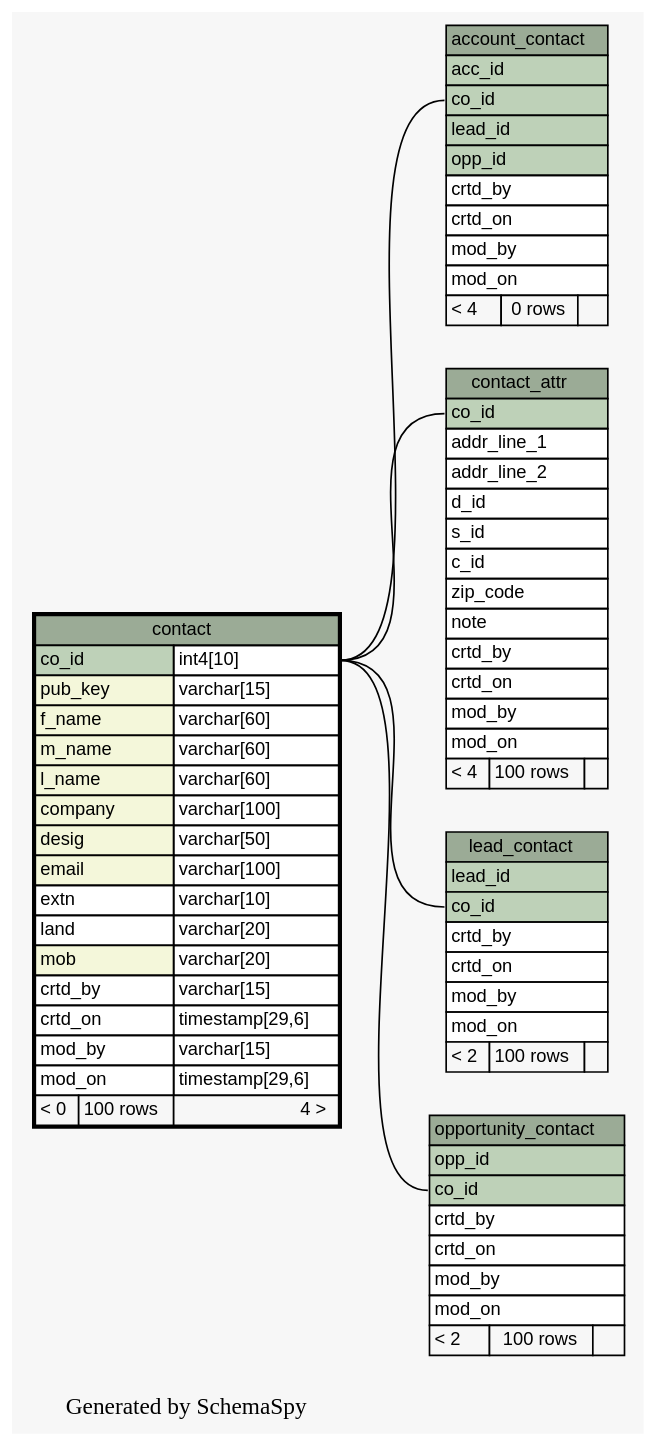
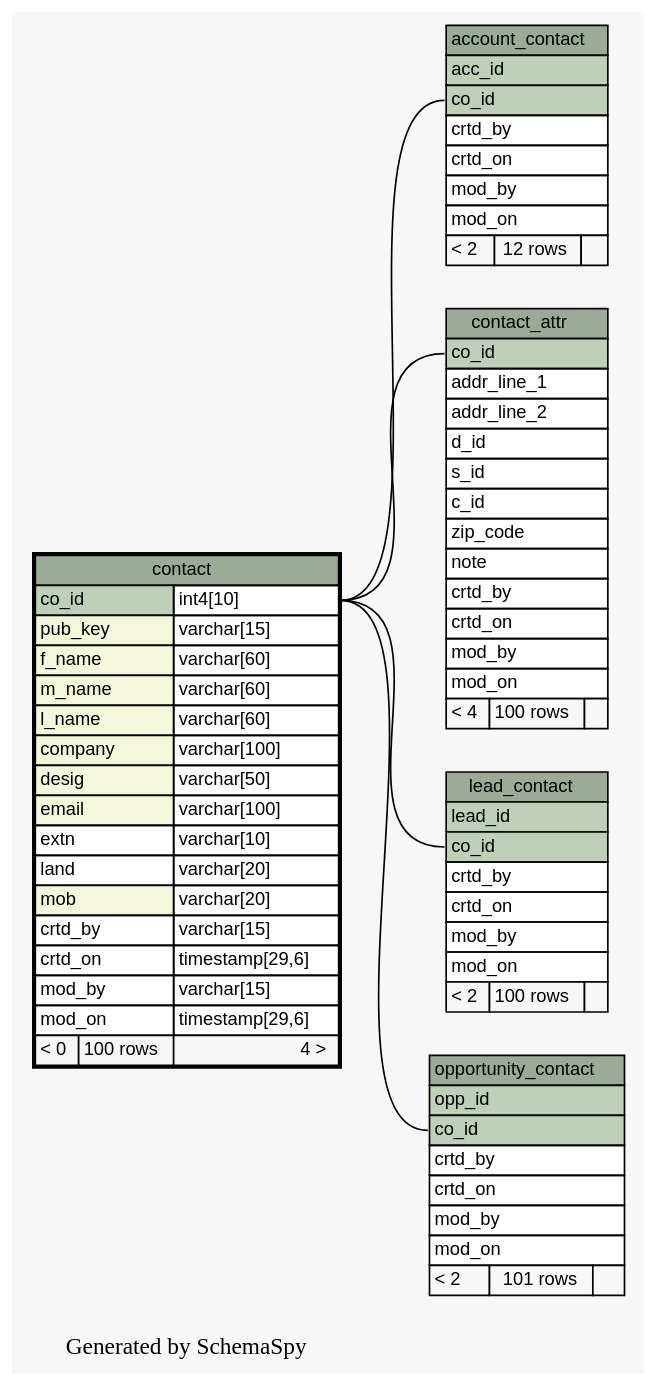
Before and after one commit to engineerscraft/salesforce: the diagram in docs/database/schemaspy/graphs/contact.1degree.dot, drawn with Graphviz. The commit also changed 157 other files, not shown here.

```diff
--- a/docs/database/schemaspy/graphs/contact.1degree.dot
+++ b/docs/database/schemaspy/graphs/contact.1degree.dot
@@ -1,113 +1,111 @@
 // dot 2.38.0 on Windows 7 6.1
 digraph "oneDegreeRelationshipsGraph" {
   graph [
     rankdir="RL"
     bgcolor="#f7f7f7"
     label="\nGenerated by SchemaSpy"
     labeljust="l"
   ];
   node [
     fontname="Helvetica"
     fontsize="11"
     shape="plaintext"
   ];
   edge [
     arrowsize="0.8"
   ];
   "account_contact":"co_id":w -> "contact":"co_id.type":e [arrowtail=crowtee arrowhead=none];
   "contact_attr":"co_id":w -> "contact":"co_id.type":e [arrowtail=tee arrowhead=none];
   "lead_contact":"co_id":w -> "contact":"co_id.type":e [arrowtail=crowtee arrowhead=none];
   "opportunity_contact":"co_id":w -> "contact":"co_id.type":e [arrowtail=crowtee arrowhead=none];
   "account_contact" [
     label=<
     <TABLE BORDER="0" CELLBORDER="1" CELLSPACING="0" BGCOLOR="#ffffff">
       <TR><TD PORT="account_contact.heading" COLSPAN="3" BGCOLOR="#9bab96" ALIGN="CENTER">account_contact</TD></TR>
       <TR><TD PORT="acc_id" COLSPAN="3" BGCOLOR="#bed1b8" ALIGN="LEFT">acc_id</TD></TR>
       <TR><TD PORT="co_id" COLSPAN="3" BGCOLOR="#bed1b8" ALIGN="LEFT">co_id</TD></TR>
-      <TR><TD PORT="lead_id" COLSPAN="3" BGCOLOR="#bed1b8" ALIGN="LEFT">lead_id</TD></TR>
-      <TR><TD PORT="opp_id" COLSPAN="3" BGCOLOR="#bed1b8" ALIGN="LEFT">opp_id</TD></TR>
       <TR><TD PORT="crtd_by" COLSPAN="3" ALIGN="LEFT">crtd_by</TD></TR>
       <TR><TD PORT="crtd_on" COLSPAN="3" ALIGN="LEFT">crtd_on</TD></TR>
       <TR><TD PORT="mod_by" COLSPAN="3" ALIGN="LEFT">mod_by</TD></TR>
       <TR><TD PORT="mod_on" COLSPAN="3" ALIGN="LEFT">mod_on</TD></TR>
-      <TR><TD ALIGN="LEFT" BGCOLOR="#f7f7f7">&lt; 4</TD><TD ALIGN="RIGHT" BGCOLOR="#f7f7f7">0 rows</TD><TD ALIGN="RIGHT" BGCOLOR="#f7f7f7">  </TD></TR>
+      <TR><TD ALIGN="LEFT" BGCOLOR="#f7f7f7">&lt; 2</TD><TD ALIGN="RIGHT" BGCOLOR="#f7f7f7">12 rows</TD><TD ALIGN="RIGHT" BGCOLOR="#f7f7f7">  </TD></TR>
     </TABLE>>
     URL="account_contact.html#graph"
     tooltip="account_contact"
   ];
   "contact" [
     label=<
     <TABLE BORDER="2" CELLBORDER="1" CELLSPACING="0" BGCOLOR="#ffffff">
       <TR><TD PORT="contact.heading" COLSPAN="3" BGCOLOR="#9bab96" ALIGN="CENTER">contact</TD></TR>
       <TR><TD PORT="co_id" COLSPAN="2" BGCOLOR="#bed1b8" ALIGN="LEFT">co_id</TD><TD PORT="co_id.type" ALIGN="LEFT">int4[10]</TD></TR>
       <TR><TD PORT="pub_key" COLSPAN="2" BGCOLOR="#f4f7da" ALIGN="LEFT">pub_key</TD><TD PORT="pub_key.type" ALIGN="LEFT">varchar[15]</TD></TR>
       <TR><TD PORT="f_name" COLSPAN="2" BGCOLOR="#f4f7da" ALIGN="LEFT">f_name</TD><TD PORT="f_name.type" ALIGN="LEFT">varchar[60]</TD></TR>
       <TR><TD PORT="m_name" COLSPAN="2" BGCOLOR="#f4f7da" ALIGN="LEFT">m_name</TD><TD PORT="m_name.type" ALIGN="LEFT">varchar[60]</TD></TR>
       <TR><TD PORT="l_name" COLSPAN="2" BGCOLOR="#f4f7da" ALIGN="LEFT">l_name</TD><TD PORT="l_name.type" ALIGN="LEFT">varchar[60]</TD></TR>
       <TR><TD PORT="company" COLSPAN="2" BGCOLOR="#f4f7da" ALIGN="LEFT">company</TD><TD PORT="company.type" ALIGN="LEFT">varchar[100]</TD></TR>
       <TR><TD PORT="desig" COLSPAN="2" BGCOLOR="#f4f7da" ALIGN="LEFT">desig</TD><TD PORT="desig.type" ALIGN="LEFT">varchar[50]</TD></TR>
       <TR><TD PORT="email" COLSPAN="2" BGCOLOR="#f4f7da" ALIGN="LEFT">email</TD><TD PORT="email.type" ALIGN="LEFT">varchar[100]</TD></TR>
       <TR><TD PORT="extn" COLSPAN="2" ALIGN="LEFT">extn</TD><TD PORT="extn.type" ALIGN="LEFT">varchar[10]</TD></TR>
       <TR><TD PORT="land" COLSPAN="2" ALIGN="LEFT">land</TD><TD PORT="land.type" ALIGN="LEFT">varchar[20]</TD></TR>
       <TR><TD PORT="mob" COLSPAN="2" BGCOLOR="#f4f7da" ALIGN="LEFT">mob</TD><TD PORT="mob.type" ALIGN="LEFT">varchar[20]</TD></TR>
       <TR><TD PORT="crtd_by" COLSPAN="2" ALIGN="LEFT">crtd_by</TD><TD PORT="crtd_by.type" ALIGN="LEFT">varchar[15]</TD></TR>
       <TR><TD PORT="crtd_on" COLSPAN="2" ALIGN="LEFT">crtd_on</TD><TD PORT="crtd_on.type" ALIGN="LEFT">timestamp[29,6]</TD></TR>
       <TR><TD PORT="mod_by" COLSPAN="2" ALIGN="LEFT">mod_by</TD><TD PORT="mod_by.type" ALIGN="LEFT">varchar[15]</TD></TR>
       <TR><TD PORT="mod_on" COLSPAN="2" ALIGN="LEFT">mod_on</TD><TD PORT="mod_on.type" ALIGN="LEFT">timestamp[29,6]</TD></TR>
       <TR><TD ALIGN="LEFT" BGCOLOR="#f7f7f7">&lt; 0</TD><TD ALIGN="RIGHT" BGCOLOR="#f7f7f7">100 rows</TD><TD ALIGN="RIGHT" BGCOLOR="#f7f7f7">4 &gt;</TD></TR>
     </TABLE>>
     URL="contact.html#"
     tooltip="contact"
   ];
   "contact_attr" [
     label=<
     <TABLE BORDER="0" CELLBORDER="1" CELLSPACING="0" BGCOLOR="#ffffff">
       <TR><TD PORT="contact_attr.heading" COLSPAN="3" BGCOLOR="#9bab96" ALIGN="CENTER">contact_attr</TD></TR>
       <TR><TD PORT="co_id" COLSPAN="3" BGCOLOR="#bed1b8" ALIGN="LEFT">co_id</TD></TR>
       <TR><TD PORT="addr_line_1" COLSPAN="3" ALIGN="LEFT">addr_line_1</TD></TR>
       <TR><TD PORT="addr_line_2" COLSPAN="3" ALIGN="LEFT">addr_line_2</TD></TR>
       <TR><TD PORT="d_id" COLSPAN="3" ALIGN="LEFT">d_id</TD></TR>
       <TR><TD PORT="s_id" COLSPAN="3" ALIGN="LEFT">s_id</TD></TR>
       <TR><TD PORT="c_id" COLSPAN="3" ALIGN="LEFT">c_id</TD></TR>
       <TR><TD PORT="zip_code" COLSPAN="3" ALIGN="LEFT">zip_code</TD></TR>
       <TR><TD PORT="note" COLSPAN="3" ALIGN="LEFT">note</TD></TR>
       <TR><TD PORT="crtd_by" COLSPAN="3" ALIGN="LEFT">crtd_by</TD></TR>
       <TR><TD PORT="crtd_on" COLSPAN="3" ALIGN="LEFT">crtd_on</TD></TR>
       <TR><TD PORT="mod_by" COLSPAN="3" ALIGN="LEFT">mod_by</TD></TR>
       <TR><TD PORT="mod_on" COLSPAN="3" ALIGN="LEFT">mod_on</TD></TR>
       <TR><TD ALIGN="LEFT" BGCOLOR="#f7f7f7">&lt; 4</TD><TD ALIGN="RIGHT" BGCOLOR="#f7f7f7">100 rows</TD><TD ALIGN="RIGHT" BGCOLOR="#f7f7f7">  </TD></TR>
     </TABLE>>
     URL="contact_attr.html#graph"
     tooltip="contact_attr"
   ];
   "lead_contact" [
     label=<
     <TABLE BORDER="0" CELLBORDER="1" CELLSPACING="0" BGCOLOR="#ffffff">
       <TR><TD PORT="lead_contact.heading" COLSPAN="3" BGCOLOR="#9bab96" ALIGN="CENTER">lead_contact</TD></TR>
       <TR><TD PORT="lead_id" COLSPAN="3" BGCOLOR="#bed1b8" ALIGN="LEFT">lead_id</TD></TR>
       <TR><TD PORT="co_id" COLSPAN="3" BGCOLOR="#bed1b8" ALIGN="LEFT">co_id</TD></TR>
       <TR><TD PORT="crtd_by" COLSPAN="3" ALIGN="LEFT">crtd_by</TD></TR>
       <TR><TD PORT="crtd_on" COLSPAN="3" ALIGN="LEFT">crtd_on</TD></TR>
       <TR><TD PORT="mod_by" COLSPAN="3" ALIGN="LEFT">mod_by</TD></TR>
       <TR><TD PORT="mod_on" COLSPAN="3" ALIGN="LEFT">mod_on</TD></TR>
       <TR><TD ALIGN="LEFT" BGCOLOR="#f7f7f7">&lt; 2</TD><TD ALIGN="RIGHT" BGCOLOR="#f7f7f7">100 rows</TD><TD ALIGN="RIGHT" BGCOLOR="#f7f7f7">  </TD></TR>
     </TABLE>>
     URL="lead_contact.html#graph"
     tooltip="lead_contact"
   ];
   "opportunity_contact" [
     label=<
     <TABLE BORDER="0" CELLBORDER="1" CELLSPACING="0" BGCOLOR="#ffffff">
       <TR><TD PORT="opportunity_contact.heading" COLSPAN="3" BGCOLOR="#9bab96" ALIGN="CENTER">opportunity_contact</TD></TR>
       <TR><TD PORT="opp_id" COLSPAN="3" BGCOLOR="#bed1b8" ALIGN="LEFT">opp_id</TD></TR>
       <TR><TD PORT="co_id" COLSPAN="3" BGCOLOR="#bed1b8" ALIGN="LEFT">co_id</TD></TR>
       <TR><TD PORT="crtd_by" COLSPAN="3" ALIGN="LEFT">crtd_by</TD></TR>
       <TR><TD PORT="crtd_on" COLSPAN="3" ALIGN="LEFT">crtd_on</TD></TR>
       <TR><TD PORT="mod_by" COLSPAN="3" ALIGN="LEFT">mod_by</TD></TR>
       <TR><TD PORT="mod_on" COLSPAN="3" ALIGN="LEFT">mod_on</TD></TR>
-      <TR><TD ALIGN="LEFT" BGCOLOR="#f7f7f7">&lt; 2</TD><TD ALIGN="RIGHT" BGCOLOR="#f7f7f7">100 rows</TD><TD ALIGN="RIGHT" BGCOLOR="#f7f7f7">  </TD></TR>
+      <TR><TD ALIGN="LEFT" BGCOLOR="#f7f7f7">&lt; 2</TD><TD ALIGN="RIGHT" BGCOLOR="#f7f7f7">101 rows</TD><TD ALIGN="RIGHT" BGCOLOR="#f7f7f7">  </TD></TR>
     </TABLE>>
     URL="opportunity_contact.html#graph"
     tooltip="opportunity_contact"
   ];
 }
```
